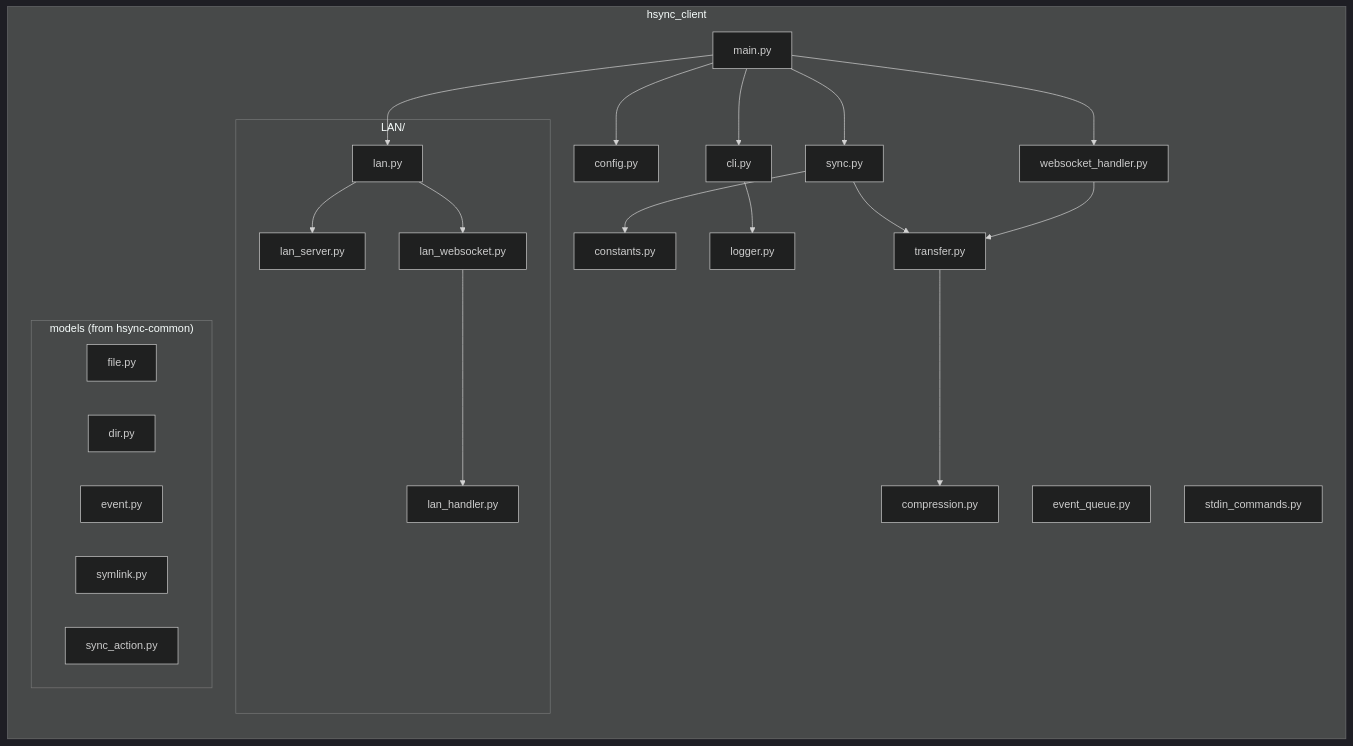
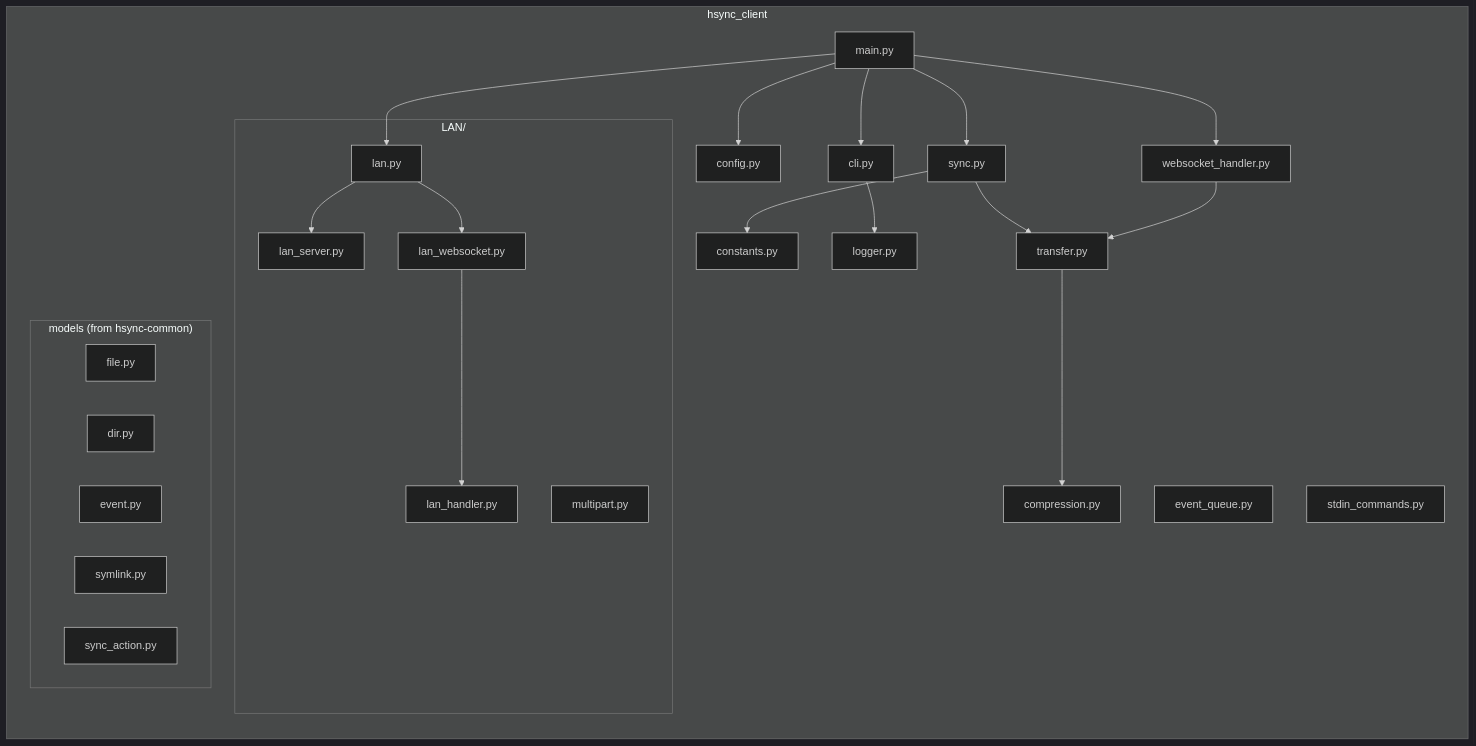
Before and after one commit to albertsdk/hsync-client: the first of 3 diagrams in docs/internal/developer.md, drawn with Mermaid (dark theme). The commit also changed 5 other files, not shown here.

````diff
--- a/docs/internal/developer.md
+++ b/docs/internal/developer.md
@@ -23,45 +23,46 @@
 ```mermaid
 graph LR
     subgraph "hsync_client"
         main[main.py]
         cli[cli.py]
         config[config.py]
         constants[constants.py]
         sync[sync.py]
         transfer[transfer.py]
         websocket[websocket_handler.py]
         logger[logger.py]
         event_queue[event_queue.py]
         compression[compression.py]
         stdin[stdin_commands.py]
 
         subgraph "LAN/"
             lan[lan.py]
             lan_server[lan_server.py]
+            multipart[multipart.py]
             lan_websocket[lan_websocket.py]
             lan_handler[lan_handler.py]
         end
 
         subgraph "models (from hsync-common)"
             file[file.py]
             dir[dir.py]
             event[event.py]
             symlink[symlink.py]
             sync_action[sync_action.py]
         end
     end
 
     main --> cli
     main --> config
     main --> sync
     main --> websocket
     sync --> transfer
     sync --> constants
     websocket --> transfer
     cli --> logger
     main --> lan
     lan --> lan_server
     lan --> lan_websocket
     lan_websocket --> lan_handler
     transfer --> compression
 ```
````
